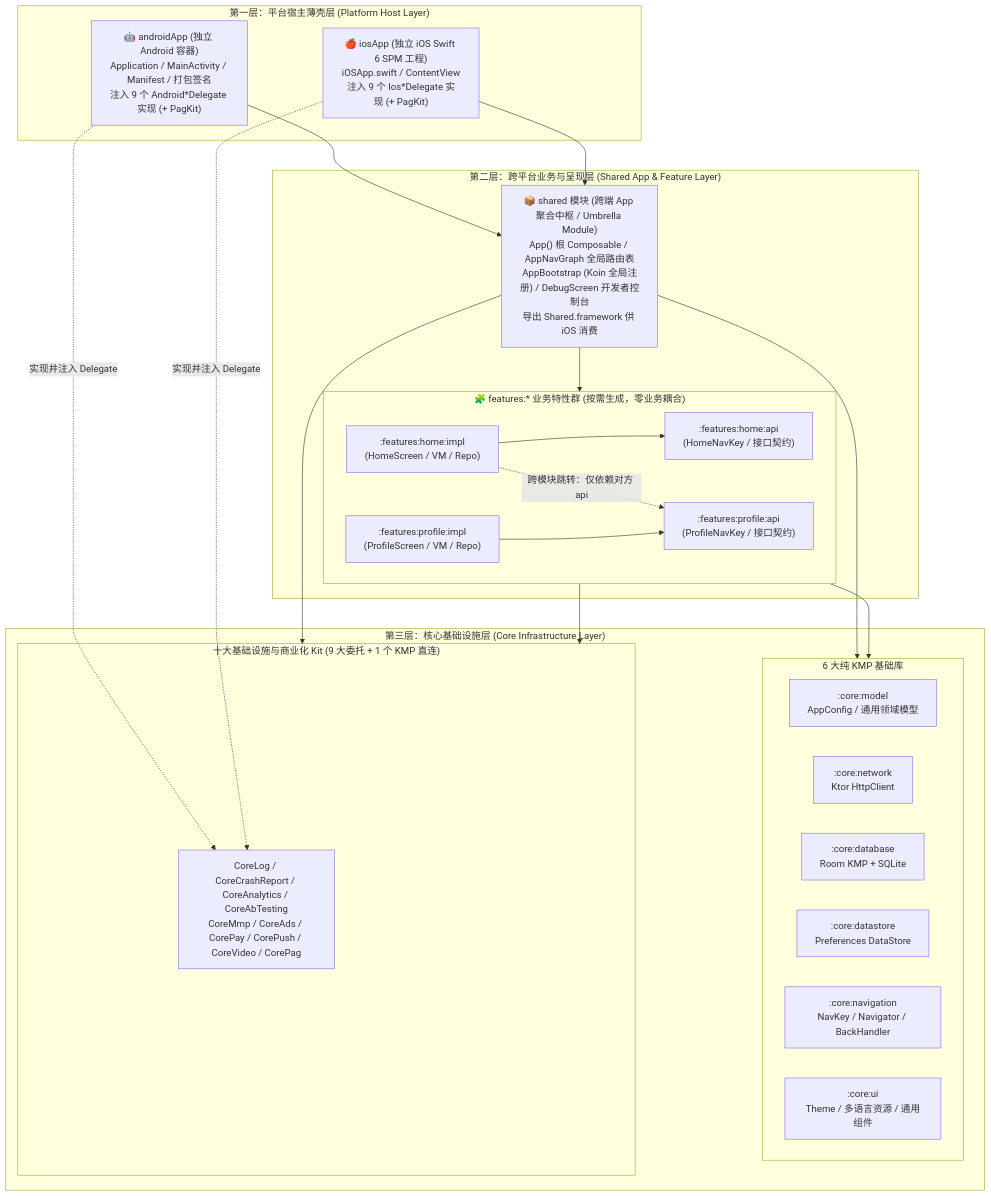
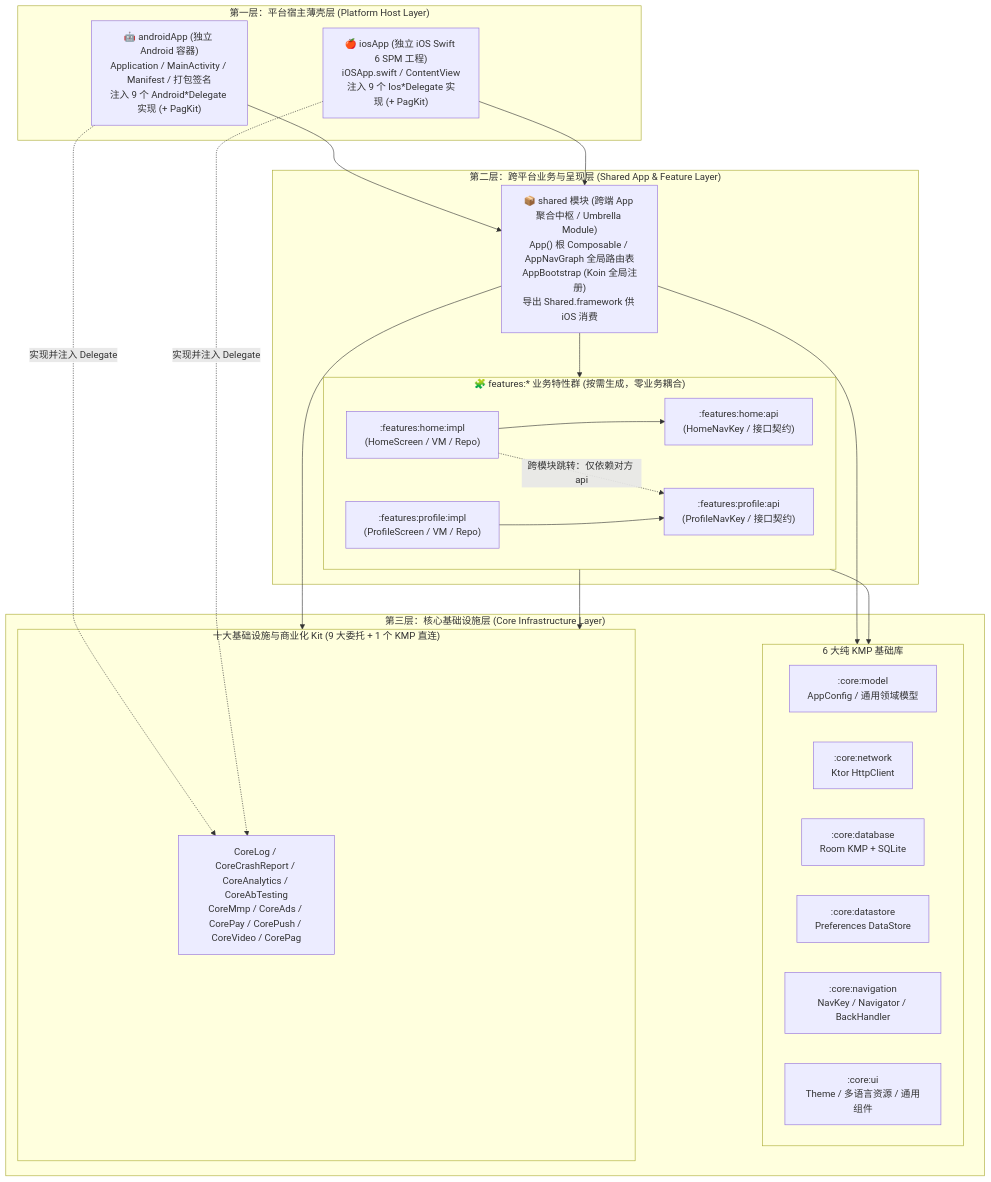
One commit to e-hai/Architecture changed the first of 5 diagrams in README.md. Above: the diagram before and after it, drawn with Mermaid. The commit also changed other lines of this file and 2 other files, not shown here.

````diff
--- a/README.md
+++ b/README.md
@@ -109,49 +109,49 @@
 ```mermaid
 flowchart TD
     subgraph Tier1["第一层：平台宿主薄壳层 (Platform Host Layer)"]
         AndroidApp["🤖 androidApp (独立 Android 容器)\nApplication / MainActivity / Manifest / 打包签名\n注入 9 个 Android*Delegate 实现 (+ PagKit)"]
         IosApp["🍎 iosApp (独立 iOS Swift 6 SPM 工程)\niOSApp.swift / ContentView\n注入 9 个 Ios*Delegate 实现 (+ PagKit)"]
     end
 
     subgraph Tier2["第二层：跨平台业务与呈现层 (Shared App & Feature Layer)"]
-        Shared["📦 shared 模块 (跨端 App 聚合中枢 / Umbrella Module)\nApp() 根 Composable / AppNavGraph 全局路由表\nAppBootstrap (Koin 全局注册) / DebugScreen 开发者控制台\n导出 Shared.framework 供 iOS 消费"]
+        Shared["📦 shared 模块 (跨端 App 聚合中枢 / Umbrella Module)\nApp() 根 Composable / AppNavGraph 全局路由表\nAppBootstrap (Koin 全局注册)\n导出 Shared.framework 供 iOS 消费"]
         
         subgraph FeaturesGroup["🧩 features:* 业务特性群 (按需生成，零业务耦合)"]
             direction LR
             HomeApi[":features:home:api\n(HomeNavKey / 接口契约)"]
             HomeImpl[":features:home:impl\n(HomeScreen / VM / Repo)"]
             ProfileApi[":features:profile:api\n(ProfileNavKey / 接口契约)"]
             ProfileImpl[":features:profile:impl\n(ProfileScreen / VM / Repo)"]
 
             HomeImpl --> HomeApi
             HomeImpl -.->|"跨模块跳转：仅依赖对方 api"| ProfileApi
             ProfileImpl --> ProfileApi
         end
 
         Shared --> FeaturesGroup
     end
 
     subgraph Tier3["第三层：核心基础设施层 (Core Infrastructure Layer)"]
         subgraph CoreBase["6 大纯 KMP 基础库"]
             CoreModel[":core:model\nAppConfig / 通用领域模型"]
             CoreNetwork[":core:network\nKtor HttpClient"]
             CoreDatabase[":core:database\nRoom KMP + SQLite"]
             CoreDatastore[":core:datastore\nPreferences DataStore"]
             CoreNav[":core:navigation\nNavKey / Navigator / BackHandler"]
             CoreUi[":core:ui\nTheme / 多语言资源 / 通用组件"]
         end
 
         subgraph CoreKits["十大基础设施与商业化 Kit (9 大委托 + 1 个 KMP 直连)"]
             KitsFacade["CoreLog / CoreCrashReport / CoreAnalytics / CoreAbTesting\nCoreMmp / CoreAds / CorePay / CorePush / CoreVideo / CorePag"]
         end
     end
 
     AndroidApp --> Shared
     IosApp --> Shared
     AndroidApp -.->|"实现并注入 Delegate"| KitsFacade
     IosApp -.->|"实现并注入 Delegate"| KitsFacade
     Shared --> CoreBase
     Shared --> CoreKits
     FeaturesGroup --> CoreBase
     FeaturesGroup --> CoreKits
 ```
````
